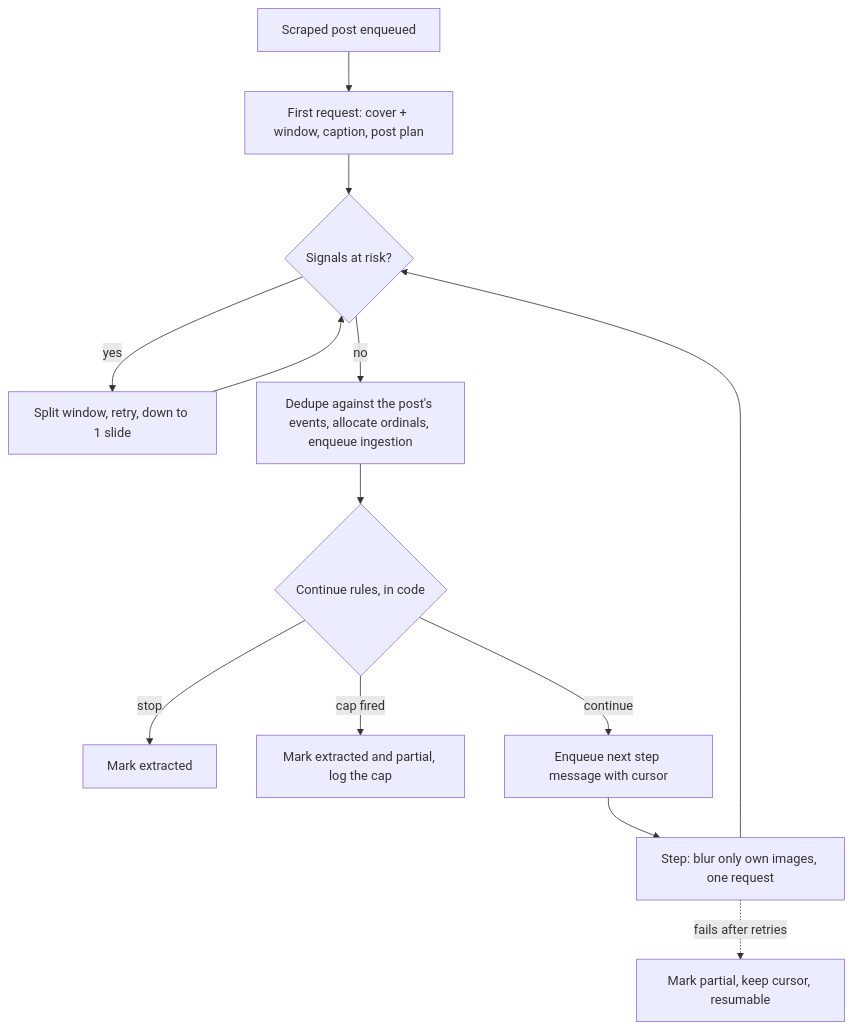
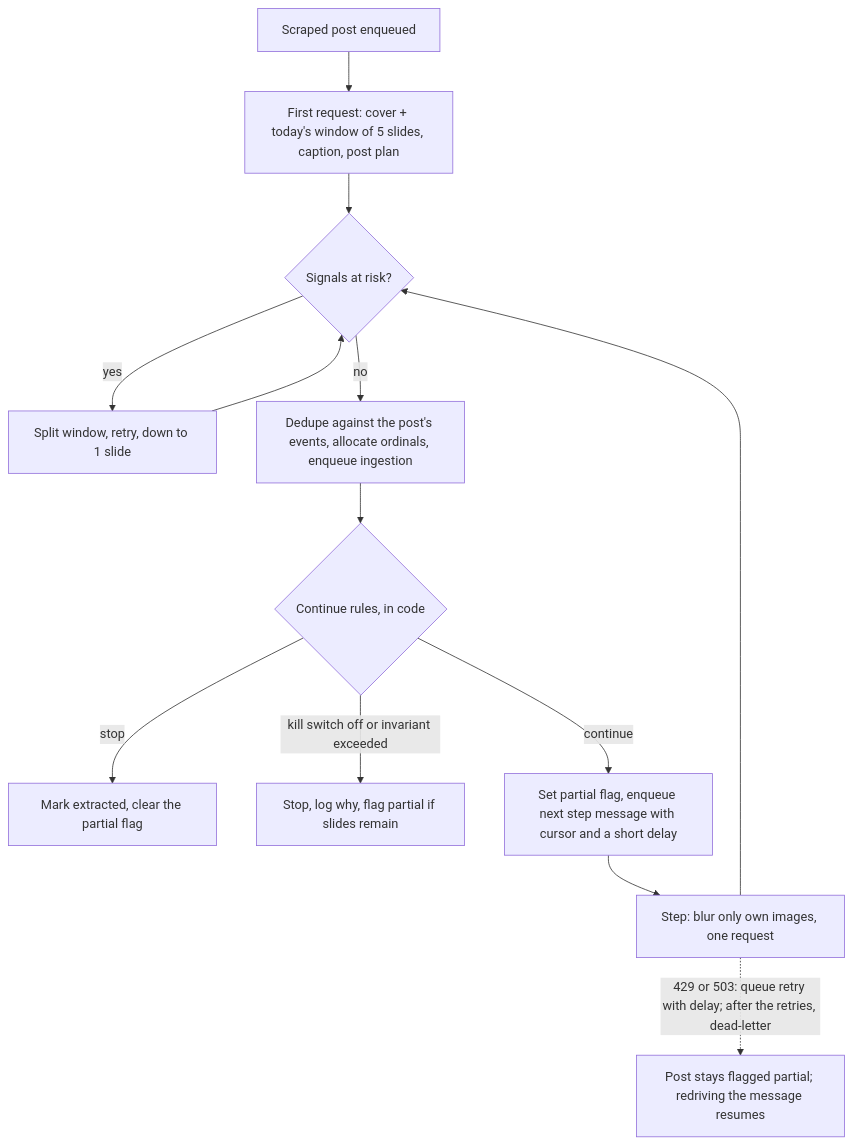
The first of 2 diagrams in _bmad-output/specs/spec-cursor-extraction/architecture-diagrams.md (sulha199/fest-grid-bmad), drawn with Mermaid before and after one commit. The commit also changed other lines of this file and 4 other files, not shown here.

First line of the commit message:
docs(spec): cursor extraction: keep today's first-request window, replace caps with a bound by construction

````diff
--- a/_bmad-output/specs/spec-cursor-extraction/architecture-diagrams.md
+++ b/_bmad-output/specs/spec-cursor-extraction/architecture-diagrams.md
@@ -5,15 +5,15 @@
 ```mermaid
 flowchart TD
-  A[Scraped post enqueued] --> B[First request: cover + window, caption, post plan]
+  A[Scraped post enqueued] --> B[First request: cover + today's window of 5 slides, caption, post plan]
   B --> C{Signals at risk?}
   C -- yes --> S[Split window, retry, down to 1 slide]
   S --> C
   C -- no --> D[Dedupe against the post's events, allocate ordinals, enqueue ingestion]
   D --> E{Continue rules, in code}
-  E -- stop --> F[Mark extracted]
-  E -- cap fired --> G[Mark extracted and partial, log the cap]
-  E -- continue --> H[Enqueue next step message with cursor]
+  E -- stop --> F[Mark extracted, clear the partial flag]
+  E -- kill switch off or invariant exceeded --> G[Stop, log why, flag partial if slides remain]
+  E -- continue --> H[Set partial flag, enqueue next step message with cursor and a short delay]
   H --> I[Step: blur only own images, one request]
   I --> C
-  I -. fails after retries .-> P[Mark partial, keep cursor, resumable]
+  I -. 429 or 503: queue retry with delay; after the retries, dead-letter .-> P[Post stays flagged partial; redriving the message resumes]
 ```
````
